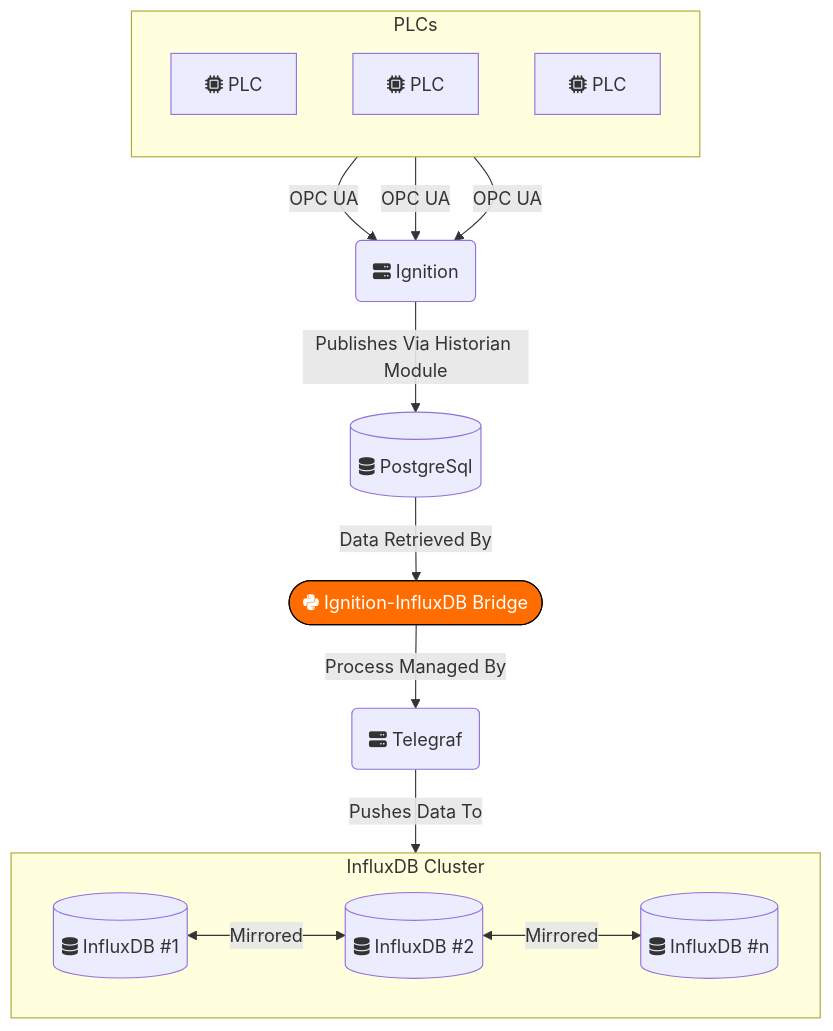
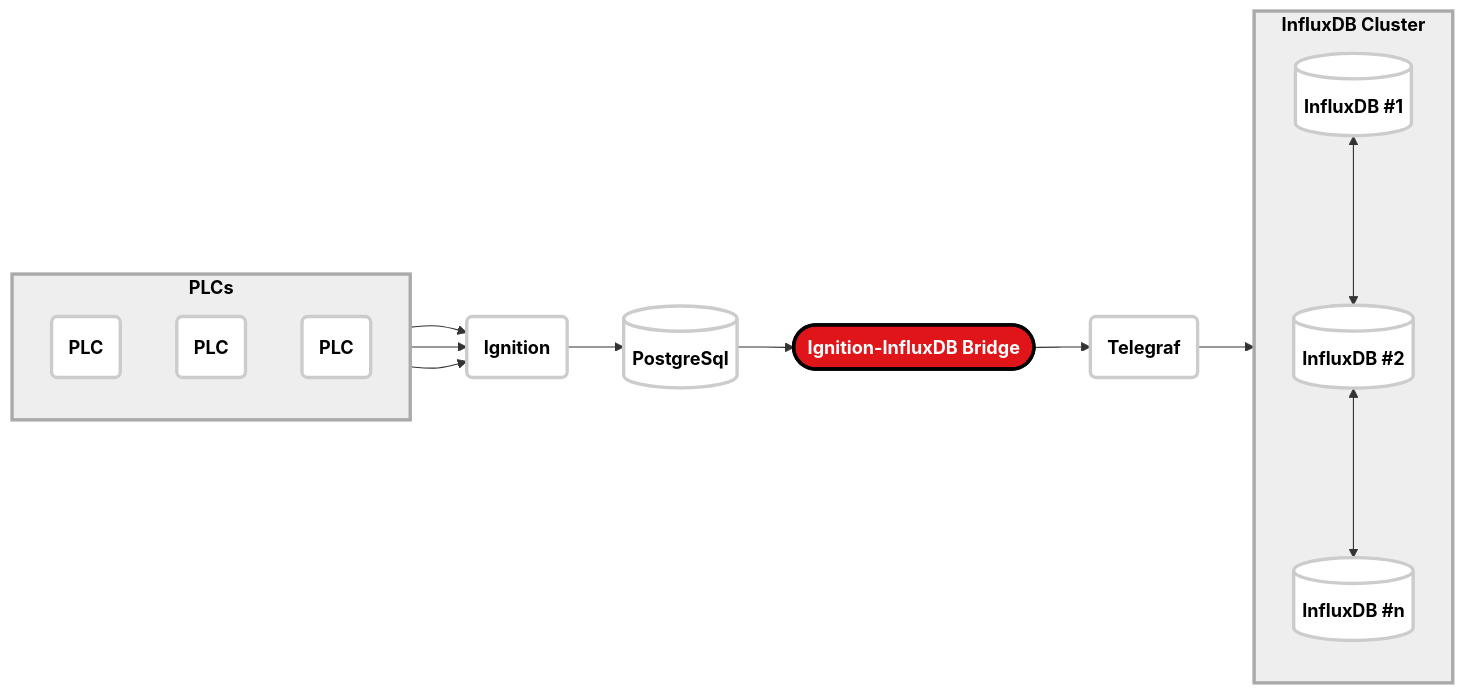
The diagram in README.md (tobyvarland/ignition_influxdb_bridge), drawn with Mermaid before and after one commit.

Commit message:
Update flowchart

````diff
--- a/README.md
+++ b/README.md
@@ -9,25 +9,30 @@
 ```mermaid
-flowchart TB
-  subgraph PLC["PLCs"]
-  direction TB
-  PLC1["fa:fa-microchip PLC"]
-  PLC2["fa:fa-microchip PLC"]
-  PLC3["fa:fa-microchip PLC"]
+flowchart LR
+ subgraph PLC["PLCs"]
+    direction TB
+        PLC1("PLC")
+        PLC2("PLC")
+        PLC3("PLC")
   end
-  subgraph InfluxDB["InfluxDB Cluster"]
-  direction LR
-  InfluxDB1[("fa:fa-database InfluxDB #1")]
-  InfluxDB2[("fa:fa-database InfluxDB #2")]
-  InfluxDBN[("fa:fa-database InfluxDB #n")]
+ subgraph InfluxDB["InfluxDB Cluster"]
+    direction TB
+        InfluxDB1[("InfluxDB #1")]
+        InfluxDB2[("InfluxDB #2")]
+        InfluxDBN[("InfluxDB #n")]
   end
-  PLC1 -- OPC UA --> Ignition("fa:fa-server Ignition")
-  PLC2 -- OPC UA --> Ignition
-  PLC3 -- OPC UA --> Ignition
-  Ignition -- Publishes Via Historian Module --> PGSQL[("fa:fa-database PostgreSql")]
-  PGSQL -- Data Retrieved By --> Bridge(["fab:fa-python Ignition-InfluxDB Bridge"])
-  Bridge -- Process Managed By --> Telegraf("fa:fa-server Telegraf")
-  Telegraf -- Pushes Data To --> InfluxDB
-  InfluxDB1 <-- Mirrored --> InfluxDB2
-  InfluxDB2 <-- Mirrored --> InfluxDBN
-  style Bridge fill:#FF6D00,stroke:#000000,color:#FFFFFF
+    PLC1 --> Ignition("Ignition")
+    PLC2 --> Ignition
+    PLC3 --> Ignition
+    Ignition --> PGSQL[("PostgreSql")]
+    PGSQL --> Bridge(["Ignition-InfluxDB Bridge"])
+    Bridge --> Telegraf("Telegraf")
+    Telegraf --> InfluxDB
+    InfluxDB1 <---> InfluxDB2
+    InfluxDB2 <---> InfluxDBN
+    classDef basic fill:#ffffff,stroke:#cccccc,stroke-width:3px,color:#000000,font-weight:bold;
+    classDef bridge fill:#df151a,stroke:#000000,stroke-width:3px,color:#ffffff,font-weight:bold;
+    classDef box fill:#eeeeee,stroke:#aaaaaa,stroke-width:3px,color:#000000,font-weight:bold;
+    class PLC1,PLC2,PLC3,Ignition,PGSQL,Telegraf,InfluxDB1,InfluxDB2,InfluxDBN basic;
+    class Bridge bridge;
+    class PLC,InfluxDB box;
 ```
````
